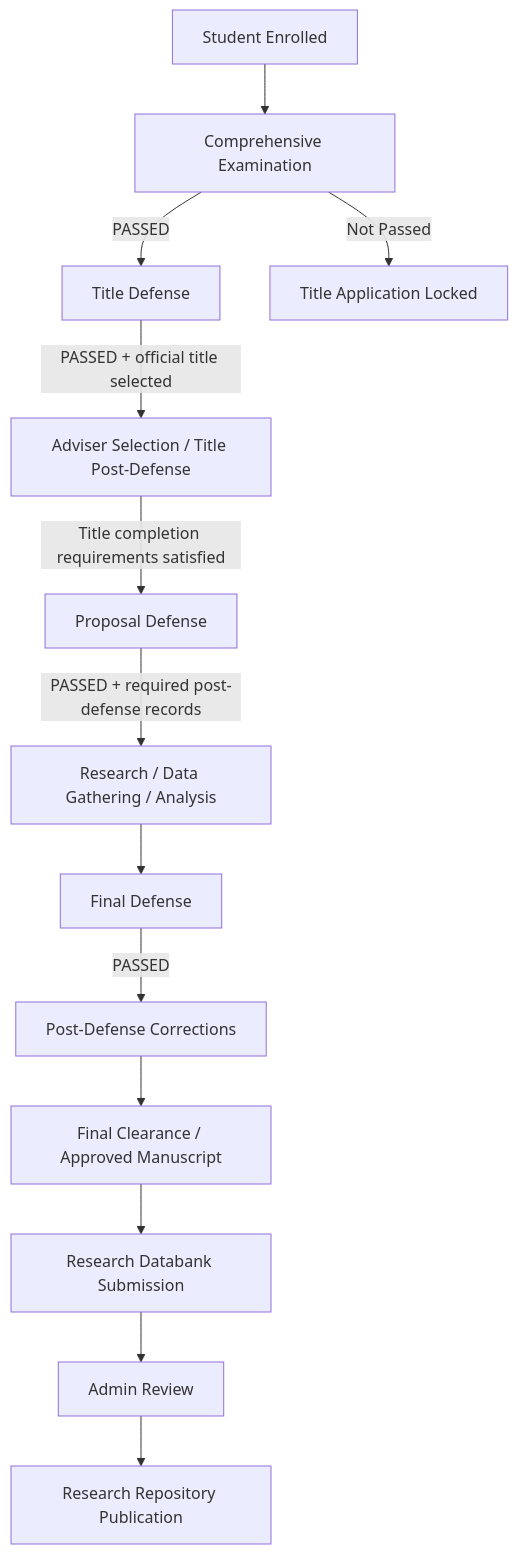
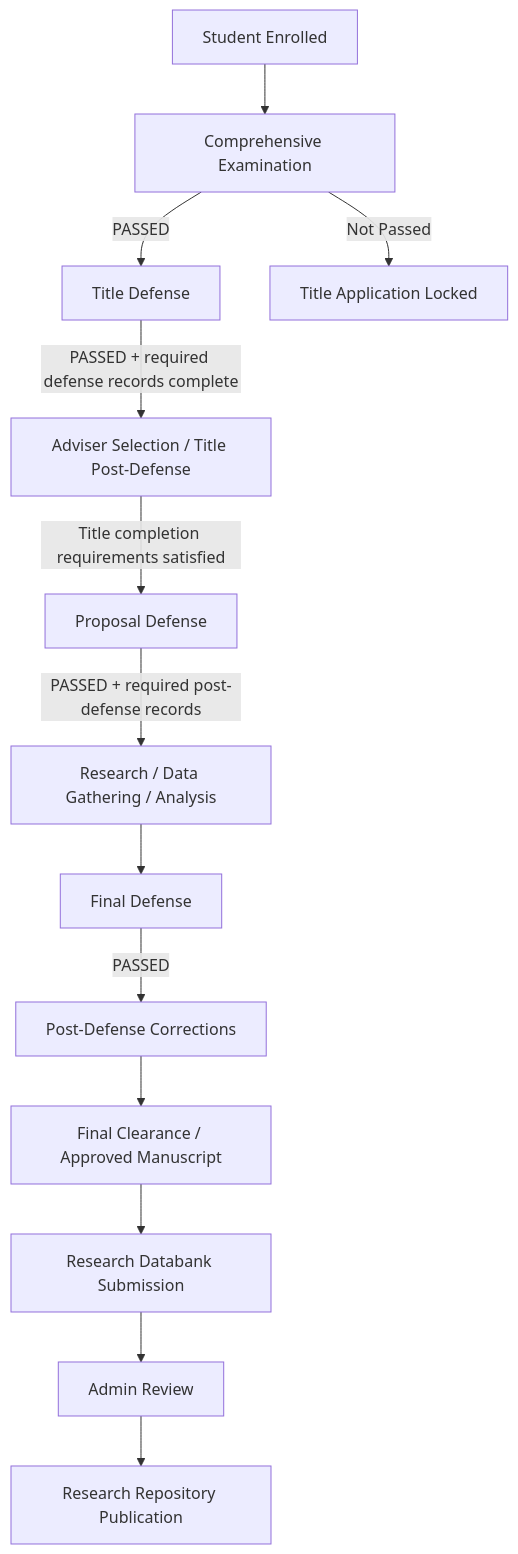
One commit to MuelTech/graduate-system changed the first of 3 diagrams in docs/superpowers/DEFENSE_WORKFLOW_SOURCE_OF_TRUTH.md. Above: the diagram before and after it, drawn with Mermaid. The commit also changed other lines of this file and 3 other files, not shown here.

````diff
--- a/docs/superpowers/DEFENSE_WORKFLOW_SOURCE_OF_TRUTH.md
+++ b/docs/superpowers/DEFENSE_WORKFLOW_SOURCE_OF_TRUTH.md
@@ -189,15 +203,15 @@
 ```mermaid
 flowchart TD
     A[Student Enrolled] --> B[Comprehensive Examination]
     B -->|PASSED| C[Title Defense]
     B -->|Not Passed| B1[Title Application Locked]
-    C -->|PASSED + official title selected| D[Adviser Selection / Title Post-Defense]
+    C -->|PASSED + required defense records complete| D[Adviser Selection / Title Post-Defense]
     D -->|Title completion requirements satisfied| E[Proposal Defense]
     E -->|PASSED + required post-defense records| F[Research / Data Gathering / Analysis]
     F --> G[Final Defense]
     G -->|PASSED| H[Post-Defense Corrections]
     H --> I[Final Clearance / Approved Manuscript]
     I --> J[Research Databank Submission]
     J --> K[Admin Review]
     K --> L[Research Repository Publication]
 ```
````
